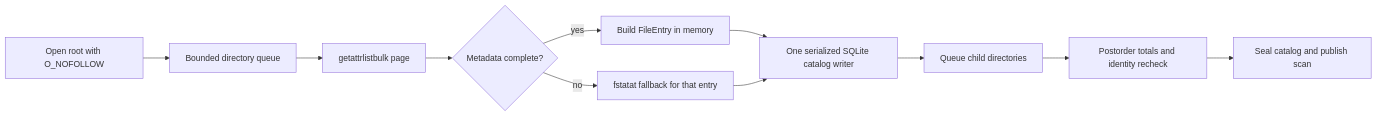
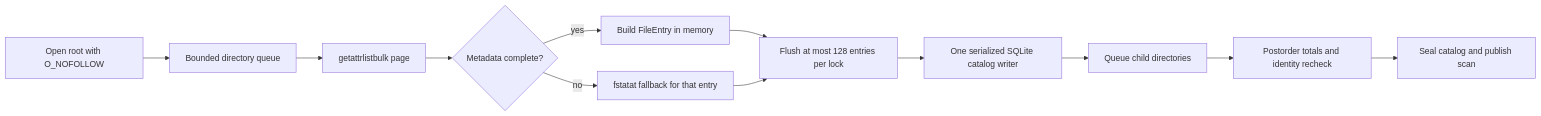
Before and after one commit to limecloud/shou: the first of 2 diagrams in docs/engineering/storage-scan-performance.md, drawn with Mermaid. The commit also changed other lines of this file and 86 other files, not shown here.

````diff
--- a/docs/engineering/storage-scan-performance.md
+++ b/docs/engineering/storage-scan-performance.md
@@ -9,13 +9,14 @@
 ```mermaid
 flowchart LR
     A[Open root with O_NOFOLLOW] --> B[Bounded directory queue]
     B --> C[getattrlistbulk page]
     C --> D{Metadata complete?}
     D -- yes --> E[Build FileEntry in memory]
     D -- no --> F[fstatat fallback for that entry]
-    E --> G[One serialized SQLite catalog writer]
-    F --> G
+    E --> Batch[Flush at most 128 entries per lock]
+    F --> Batch
+    Batch --> G[One serialized SQLite catalog writer]
     G --> H[Queue child directories]
     H --> I[Postorder totals and identity recheck]
     I --> J[Seal catalog and publish scan]
 ```
````
